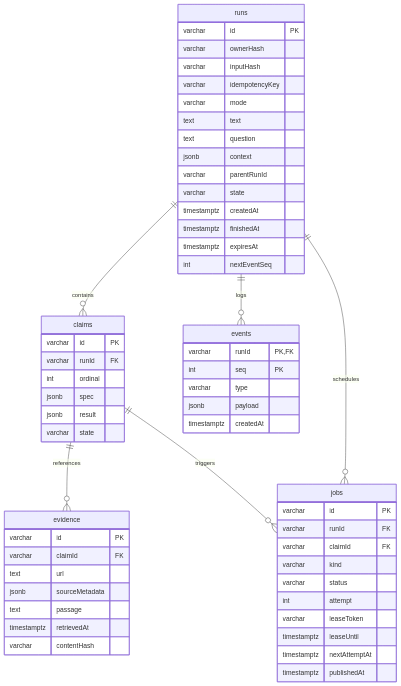
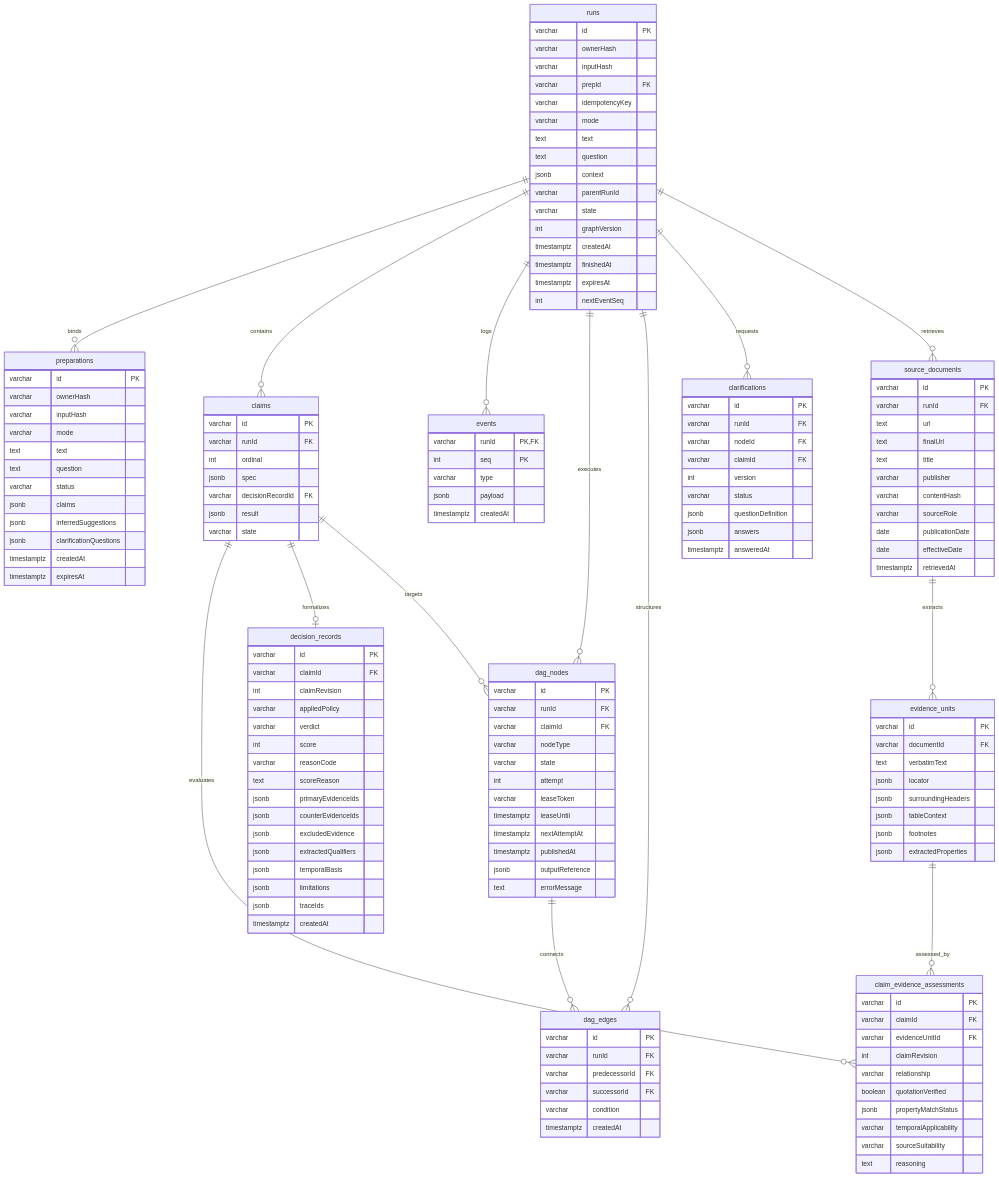
Before and after one commit to Driftaxe/Afterfact: the diagram in docs/DATA-AND-JOBS.md, drawn with Mermaid. The commit also changed other lines of this file and 9 other files, not shown here.

Commit message:
docs(architecture): document dynamic DAG, decoupled evidence model, and ADR-011 through ADR-021

````diff
--- a/docs/DATA-AND-JOBS.md
+++ b/docs/DATA-AND-JOBS.md
@@ -9,15 +9,24 @@
 ```mermaid
 erDiagram
+    runs ||--o{ preparations : binds
     runs ||--o{ claims : contains
     runs ||--o{ events : logs
-    runs ||--o{ jobs : schedules
-    claims ||--o{ evidence : references
-    claims ||--o{ jobs : triggers
+    runs ||--o{ dag_nodes : executes
+    runs ||--o{ dag_edges : structures
+    runs ||--o{ clarifications : requests
+    runs ||--o{ source_documents : retrieves
+    source_documents ||--o{ evidence_units : extracts
+    claims ||--o{ claim_evidence_assessments : evaluates
+    evidence_units ||--o{ claim_evidence_assessments : assessed_by
+    claims ||--o| decision_records : formalizes
+    claims ||--o{ dag_nodes : targets
+    dag_nodes ||--o{ dag_edges : connects
 
     runs {
         varchar id PK
         varchar ownerHash
         varchar inputHash
+        varchar prepId FK
         varchar idempotencyKey
         varchar mode
         text text
@@ -25,10 +34,26 @@
         jsonb context
         varchar parentRunId
         varchar state
+        int graphVersion
         timestamptz createdAt
         timestamptz finishedAt
         timestamptz expiresAt
         int nextEventSeq
+    }
+
+    preparations {
+        varchar id PK
+        varchar ownerHash
+        varchar inputHash
+        varchar mode
+        text text
+        text question
+        varchar status
+        jsonb claims
+        jsonb inferredSuggestions
+        jsonb clarificationQuestions
+        timestamptz createdAt
+        timestamptz expiresAt
     }
 
     claims {
@@ -36,18 +61,66 @@
         varchar runId FK
         int ordinal
         jsonb spec
+        varchar decisionRecordId FK
         jsonb result
         varchar state
     }
 
-    evidence {
+    source_documents {
+        varchar id PK
+        varchar runId FK
+        text url
+        text finalUrl
+        text title
+        varchar publisher
+        varchar contentHash
+        varchar sourceRole
+        date publicationDate
+        date effectiveDate
+        timestamptz retrievedAt
+    }
+
+    evidence_units {
+        varchar id PK
+        varchar documentId FK
+        text verbatimText
+        jsonb locator
+        jsonb surroundingHeaders
+        jsonb tableContext
+        jsonb footnotes
+        jsonb extractedProperties
+    }
+
+    claim_evidence_assessments {
         varchar id PK
         varchar claimId FK
-        text url
-        jsonb sourceMetadata
-        text passage
-        timestamptz retrievedAt
-        varchar contentHash
+        varchar evidenceUnitId FK
+        int claimRevision
+        varchar relationship
+        boolean quotationVerified
+        jsonb propertyMatchStatus
+        varchar temporalApplicability
+        varchar sourceSuitability
+        text reasoning
+    }
+
+    decision_records {
+        varchar id PK
+        varchar claimId FK
+        int claimRevision
+        varchar appliedPolicy
+        varchar verdict
+        int score
+        varchar reasonCode
+        text scoreReason
+        jsonb primaryEvidenceIds
+        jsonb counterEvidenceIds
+        jsonb excludedEvidence
+        jsonb extractedQualifiers
+        jsonb temporalBasis
+        jsonb limitations
+        jsonb traceIds
+        timestamptz createdAt
     }
 
     events {
@@ -58,16 +131,39 @@
         timestamptz createdAt
     }
 
-    jobs {
+    dag_nodes {
         varchar id PK
         varchar runId FK
         varchar claimId FK
-        varchar kind
-        varchar status
+        varchar nodeType
+        varchar state
         int attempt
         varchar leaseToken
         timestamptz leaseUntil
         timestamptz nextAttemptAt
         timestamptz publishedAt
+        jsonb outputReference
+        text errorMessage
+    }
+
+    dag_edges {
+        varchar id PK
+        varchar runId FK
+        varchar predecessorId FK
+        varchar successorId FK
+        varchar condition
+        timestamptz createdAt
+    }
+
+    clarifications {
+        varchar id PK
+        varchar runId FK
+        varchar nodeId FK
+        varchar claimId FK
+        int version
+        varchar status
+        jsonb questionDefinition
+        jsonb answers
+        timestamptz answeredAt
     }
 ```
````
